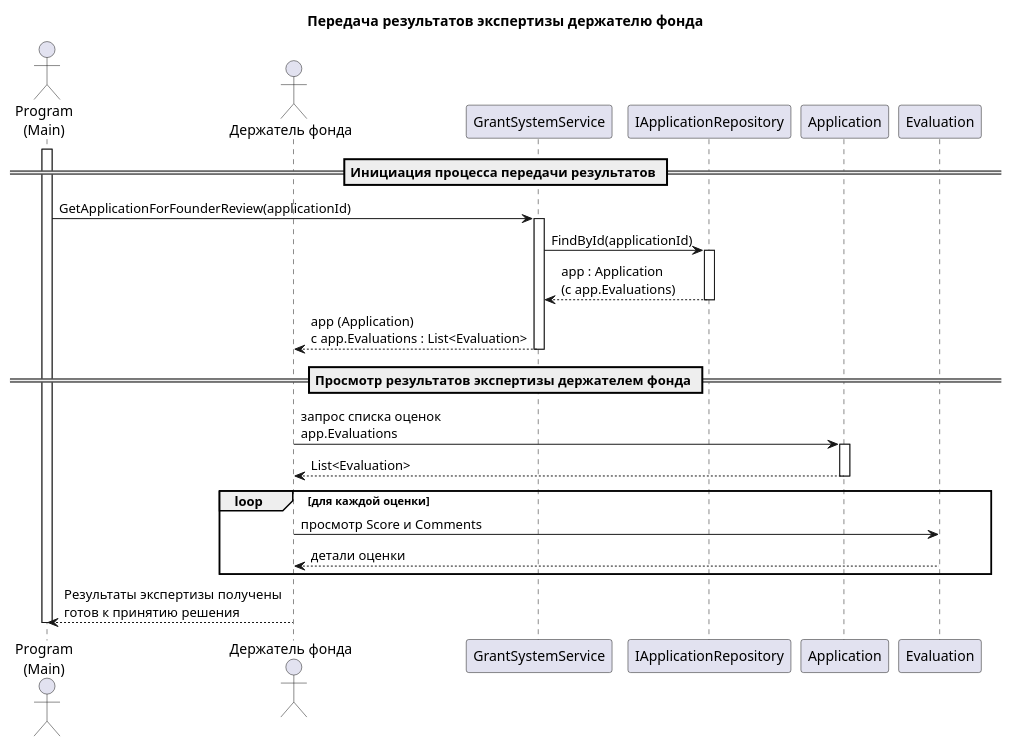
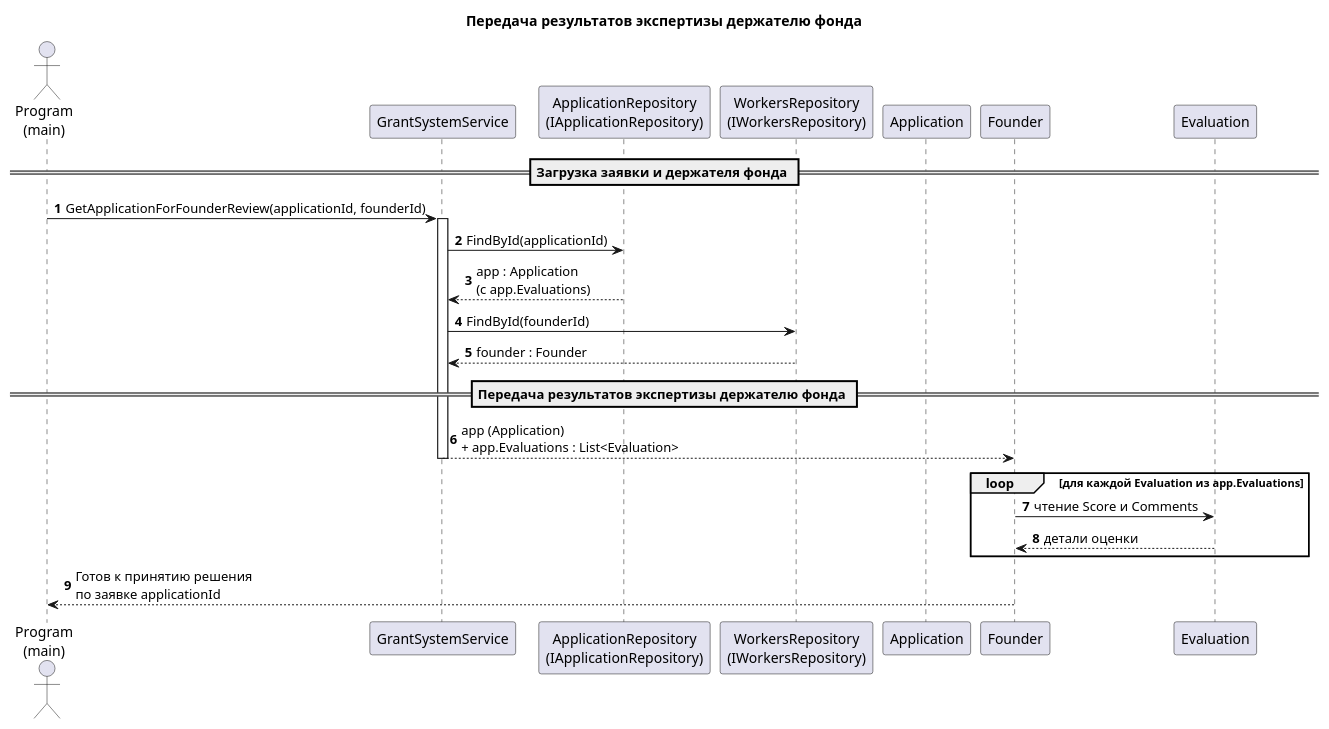
The diagram in Прецеденты/Эксперт - держатель фонда (Демин Н.В)/expert-holder.md (penamarth/bsbo-13-23_team2_var9_techexp), drawn with PlantUML before and after one commit. The commit also changed other lines of this file, not shown here.

Commit message:
Обновил прецедент: Эксперт - держатель фонда (Демин Н.В)

````diff
--- a/Прецеденты/Эксперт - держатель фонда (Демин Н.В)/expert-holder.md
+++ b/Прецеденты/Эксперт - держатель фонда (Демин Н.В)/expert-holder.md
@@ -2,51 +1,42 @@
 ```plantuml
 @startuml
 title Передача результатов экспертизы держателю фонда
 
-actor "Program\n(Main)" as program
-actor "Держатель фонда" as founderActor
+autonumber
 
-participant "GrantSystemService" as service
-participant "IApplicationRepository" as appRepo
-participant "Application" as app
-participant "Evaluation" as evaluation
+actor "Program\n(main)" as Program
 
-== Инициация процесса передачи результатов ==
+participant "GrantSystemService" as GrantSystemService
+participant "ApplicationRepository\n(IApplicationRepository)" as AppRepo
+participant "WorkersRepository\n(IWorkersRepository)" as WorkersRepo
+participant "Application" as Application
+participant "Founder" as Founder
+participant "Evaluation" as Evaluation
 
-activate program
+== Загрузка заявки и держателя фонда ==
 
-' UI / Main инициирует получение заявки для рассмотрения фондом
-program -> service: GetApplicationForFounderReview(applicationId)
-activate service
+Program -> GrantSystemService: GetApplicationForFounderReview(applicationId, founderId)
+activate GrantSystemService
 
-' Загрузка заявки с уже выполненными оценками (после экспертов)
-service -> appRepo: FindById(applicationId)
-activate appRepo
-appRepo --> service: app : Application\n(c app.Evaluations)
-deactivate appRepo
+GrantSystemService -> AppRepo: FindById(applicationId)
+AppRepo --> GrantSystemService: app : Application\n(с app.Evaluations)
 
-' Передача заявки и её оценок держателю фонда
-service --> founderActor: app (Application)\nс app.Evaluations : List<Evaluation>
-deactivate service
+GrantSystemService -> WorkersRepo: FindById(founderId)
+WorkersRepo --> GrantSystemService: founder : Founder
 
-== Просмотр результатов экспертизы держателем фонда ==
+== Передача результатов экспертизы держателю фонда ==
 
-' Держатель фонда изучает вложенные оценки
-founderActor -> app: запрос списка оценок\napp.Evaluations
-activate app
-app --> founderActor: List<Evaluation>
-deactivate app
+GrantSystemService --> Founder: app (Application)\n+ app.Evaluations : List<Evaluation>
+deactivate GrantSystemService
 
-loop для каждой оценки
-    founderActor -> evaluation: просмотр Score и Comments
-    evaluation --> founderActor: детали оценки
+loop для каждой Evaluation из app.Evaluations
+    Founder -> Evaluation: чтение Score и Comments
+    Evaluation --> Founder: детали оценки
 end
 
-' После этого держатель фонда готов к прецеденту\n«Принятие решения о выдаче гранта»
-founderActor --> program: Результаты экспертизы получены\nготов к принятию решения
+Founder --> Program: Готов к принятию решения\nпо заявке applicationId
 
-deactivate founderActor
-deactivate program
-
+deactivate Founder
+deactivate Program
 @enduml
 ```
````
